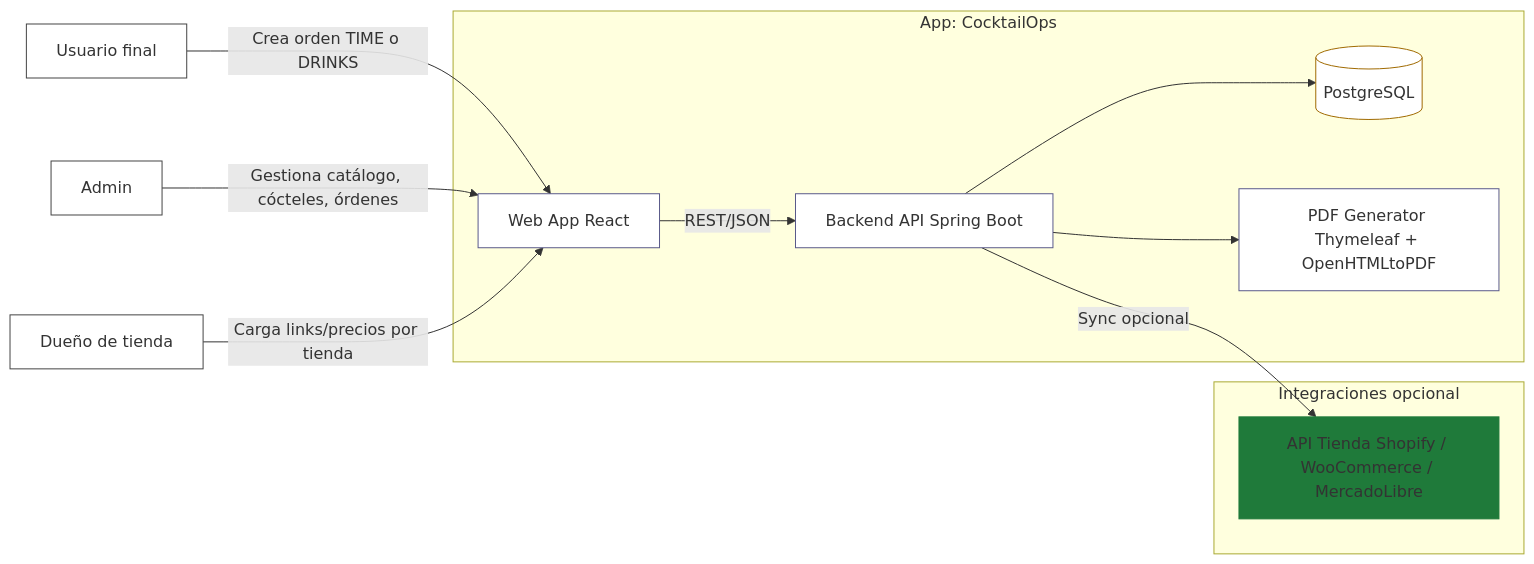
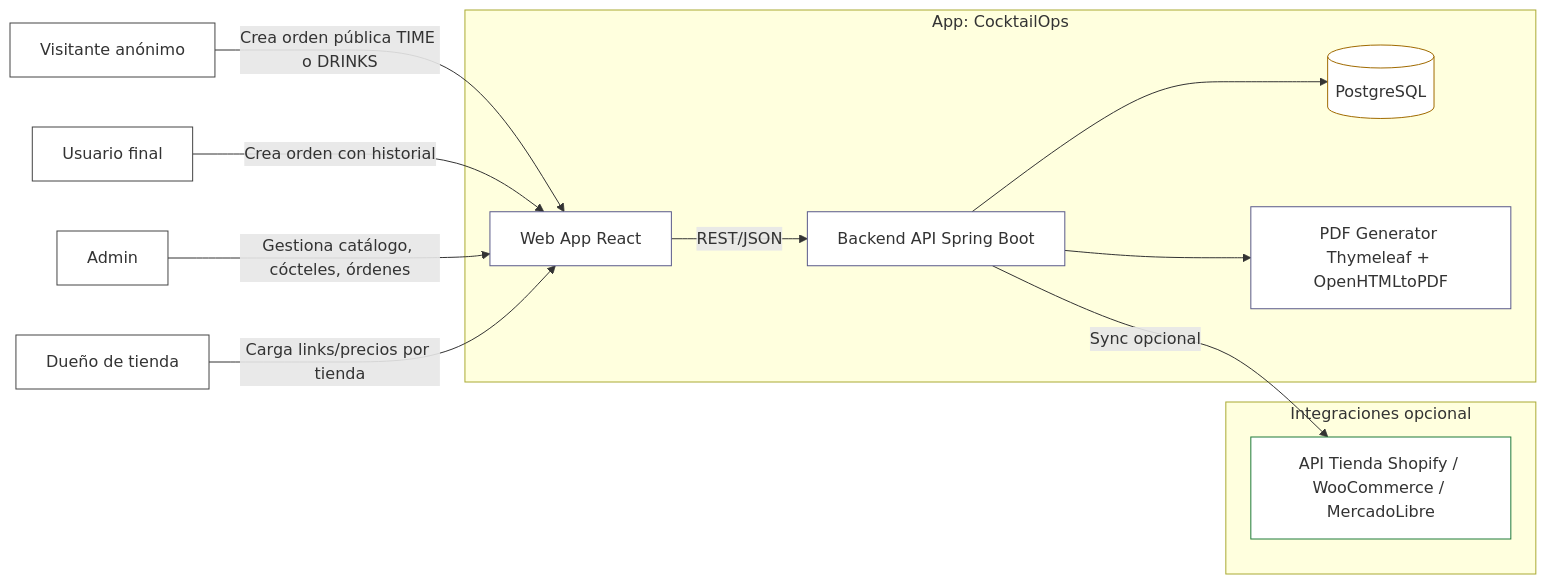
One commit to Fran3103/CocktailOps changed the second of 3 diagrams in backend/README.md. Above: the diagram before and after it, drawn with Mermaid. The commit also changed other lines of this file, not shown here.

Commit message:
docs: document public order creation flow

````diff
--- a/backend/README.md
+++ b/backend/README.md
@@ -763,37 +902,39 @@
 ```mermaid
 flowchart LR
 
 U[Usuario final]
 A[Admin]
 S[Dueño de tienda]
+V[Visitante anónimo]
 
 subgraph SYS[App: CocktailOps]
   FE[Web App React]
   BE[Backend API Spring Boot]
   DB[(PostgreSQL)]
   PDF[PDF Generator Thymeleaf + OpenHTMLtoPDF]
 end
 
 subgraph EXT[Integraciones opcional]
   SHOPAPI[API Tienda Shopify / WooCommerce / MercadoLibre]
 end
 
-U -->|Crea orden TIME o DRINKS| FE
+V -->|Crea orden pública TIME o DRINKS| FE
+U -->|Crea orden con historial| FE
 A -->|Gestiona catálogo, cócteles, órdenes| FE
 S -->|Carga links/precios por tienda| FE
 
 FE -->|REST/JSON| BE
 BE --> DB
 BE --> PDF
 BE -->|Sync opcional| SHOPAPI
 
-class U,A,S actor
+class U,A,S,V actor
 class FE,BE,PDF box
 class DB db
 class SHOPAPI ext
 
 classDef actor fill:#ffffff,stroke:#444,stroke-width:1px
 classDef box fill:#ffffff,stroke:#5a5a8a,stroke-width:1px
 classDef db fill:#ffffff,stroke:#a06a00,stroke-width:1px
-classDef ext fill:#1f7a3a,stroke:#1f7a3a,stroke-width:1px
+classDef ext fill:#ffffff,stroke:#1f7a3a,stroke-width:1px
 ```
````
